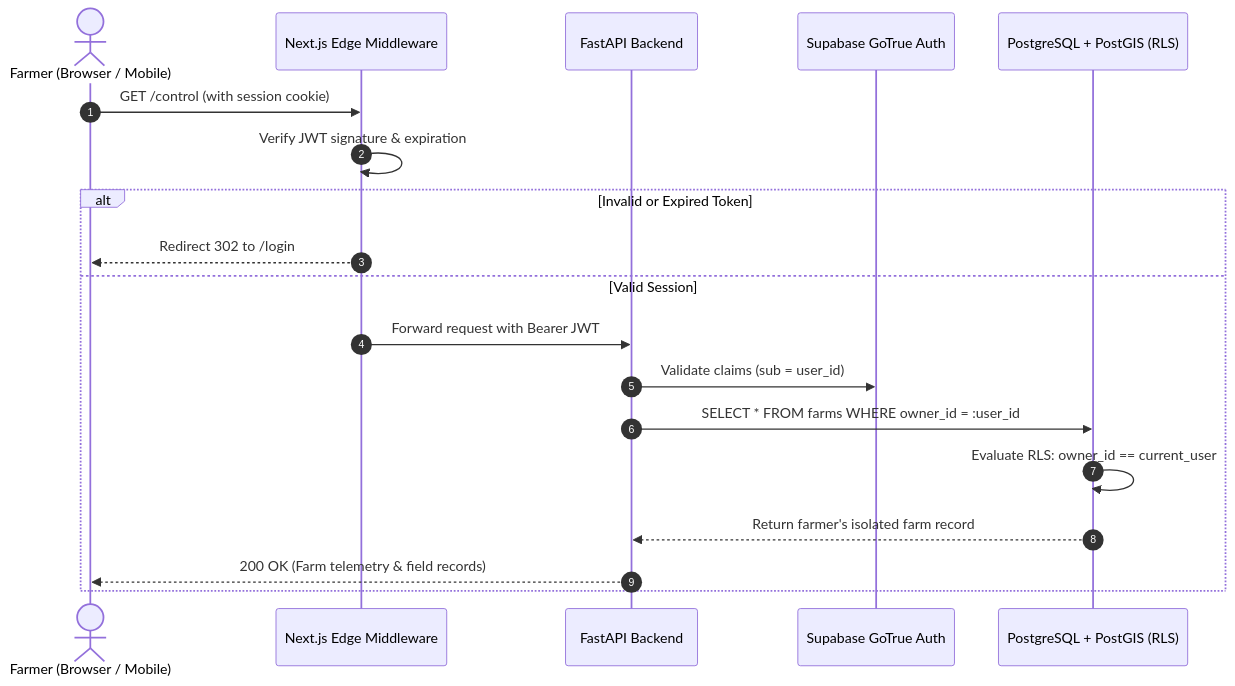
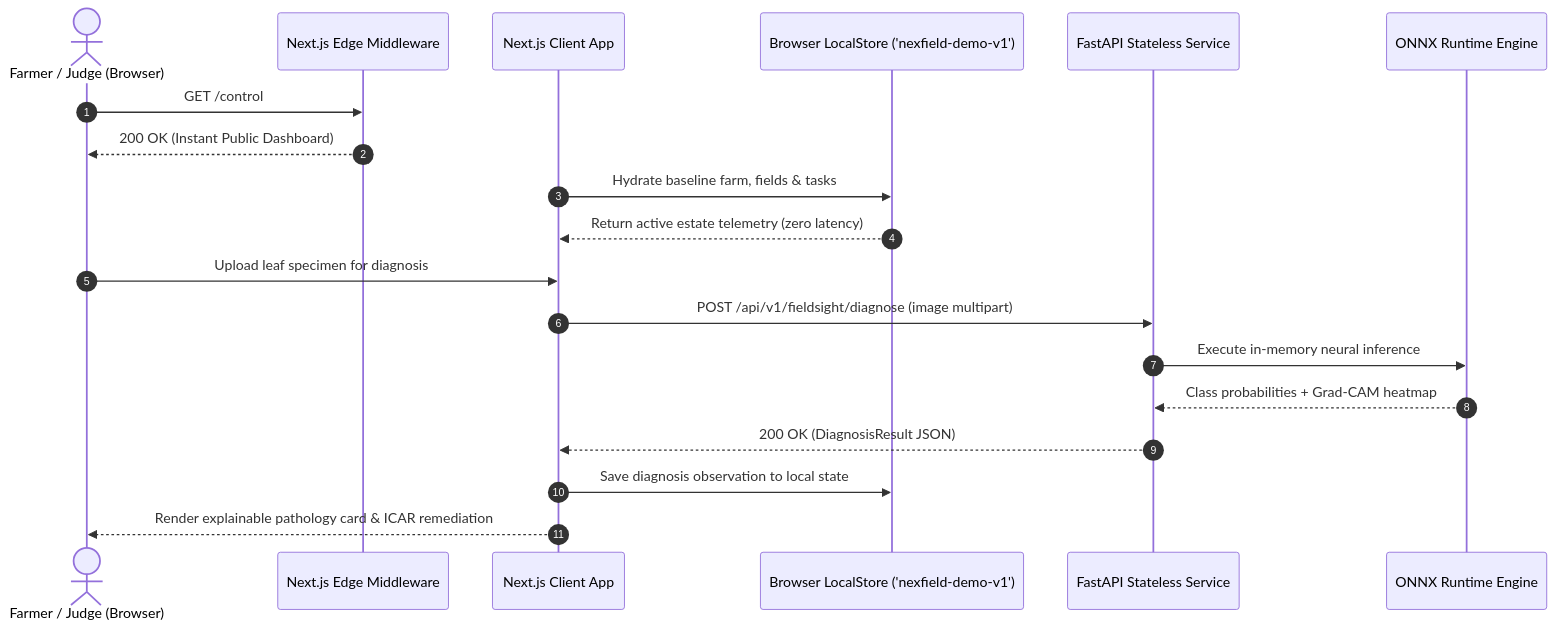
The second of 2 diagrams in docs/ARCHITECTURE.md (TanishBane/Nexfield), drawn with Mermaid before and after one commit. The commit also changed other lines of this file and 30 other files, not shown here.

Commit message:
fix(demo): complete Supabase removal, eliminate auth backdoors, fix CORS, and wire client persistence

````diff
--- a/docs/ARCHITECTURE.md
+++ b/docs/ARCHITECTURE.md
@@ -113,22 +111,23 @@
 ```mermaid
 sequenceDiagram
     autonumber
-    actor Farmer as Farmer (Browser / Mobile)
+    actor Farmer as Farmer / Judge (Browser)
     participant Edge as Next.js Edge Middleware
-    participant API as FastAPI Backend
-    participant Auth as Supabase GoTrue Auth
-    participant DB as PostgreSQL + PostGIS (RLS)
+    participant Client as Next.js Client App
+    participant LocalStore as Browser LocalStore ('nexfield-demo-v1')
+    participant API as FastAPI Stateless Service
+    participant ONNX as ONNX Runtime Engine
 
-    Farmer->>Edge: GET /control (with session cookie)
-    Edge->>Edge: Verify JWT signature & expiration
-    alt Invalid or Expired Token
-        Edge-->>Farmer: Redirect 302 to /login
-    else Valid Session
-        Edge->>API: Forward request with Bearer JWT
-        API->>Auth: Validate claims (sub = user_id)
-        API->>DB: SELECT * FROM farms WHERE owner_id = :user_id
-        DB->>DB: Evaluate RLS: owner_id == current_user
-        DB-->>API: Return farmer's isolated farm record
-        API-->>Farmer: 200 OK (Farm telemetry & field records)
-    end
+    Farmer->>Edge: GET /control
+    Edge-->>Farmer: 200 OK (Instant Public Dashboard)
+    Client->>LocalStore: Hydrate baseline farm, fields & tasks
+    LocalStore-->>Client: Return active estate telemetry (zero latency)
+    
+    Farmer->>Client: Upload leaf specimen for diagnosis
+    Client->>API: POST /api/v1/fieldsight/diagnose (image multipart)
+    API->>ONNX: Execute in-memory neural inference
+    ONNX-->>API: Class probabilities + Grad-CAM heatmap
+    API-->>Client: 200 OK (DiagnosisResult JSON)
+    Client->>LocalStore: Save diagnosis observation to local state
+    Client-->>Farmer: Render explainable pathology card & ICAR remediation
 ```
````
